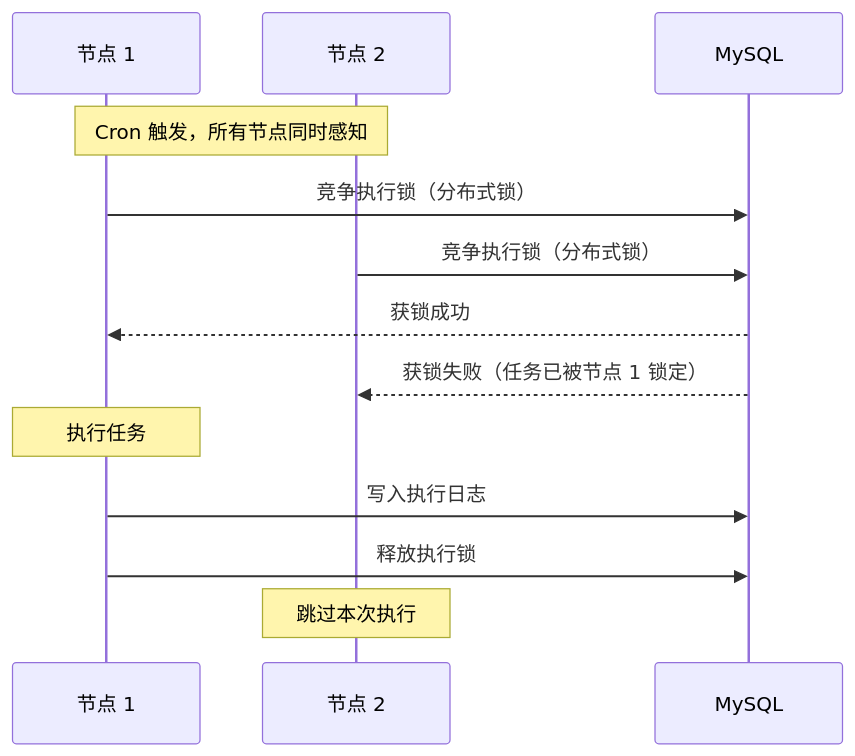
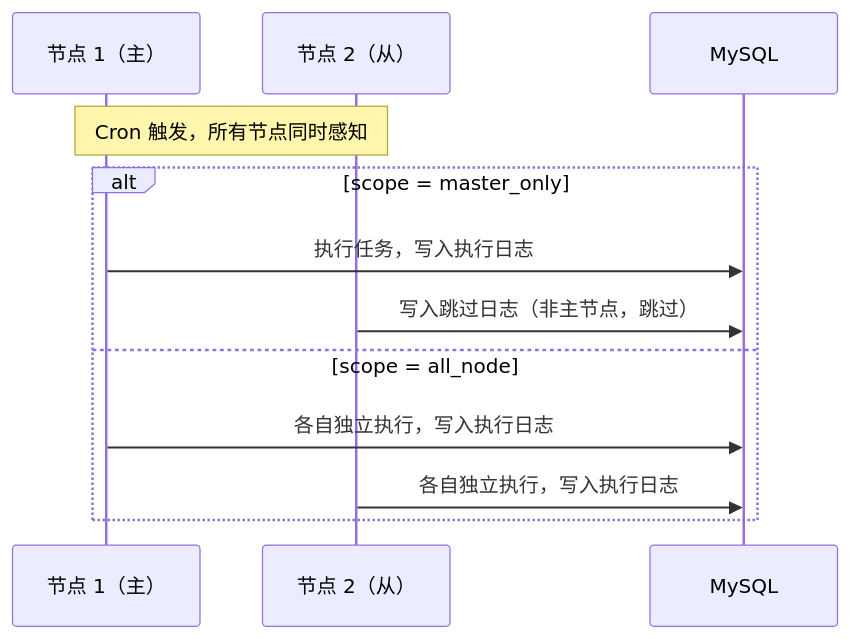
Before and after one commit to linaproai/linapro-site: the diagram in apps/lina-site/docs/docs/scheduled-tasks.md, drawn with Mermaid. The commit also changed other lines of this file and 6 other files, not shown here.

````diff
--- a/apps/lina-site/docs/docs/scheduled-tasks.md
+++ b/apps/lina-site/docs/docs/scheduled-tasks.md
@@ -134,19 +139,16 @@
 ```mermaid
 sequenceDiagram
-    participant N1 as 节点 1
-    participant N2 as 节点 2
+    participant N1 as 节点 1（主）
+    participant N2 as 节点 2（从）
     participant DB as MySQL
 
     Note over N1,N2: Cron 触发，所有节点同时感知
 
-    N1->>DB: 竞争执行锁（分布式锁）
-    N2->>DB: 竞争执行锁（分布式锁）
-    DB-->>N1: 获锁成功
-    DB-->>N2: 获锁失败（任务已被节点 1 锁定）
-
-    Note over N1: 执行任务
-    N1->>DB: 写入执行日志
-    N1->>DB: 释放执行锁
-
-    Note over N2: 跳过本次执行
+    alt scope = master_only
+        N1->>DB: 执行任务，写入执行日志
+        N2->>DB: 写入跳过日志（非主节点，跳过）
+    else scope = all_node
+        N1->>DB: 各自独立执行，写入执行日志
+        N2->>DB: 各自独立执行，写入执行日志
+    end
 ```
````
